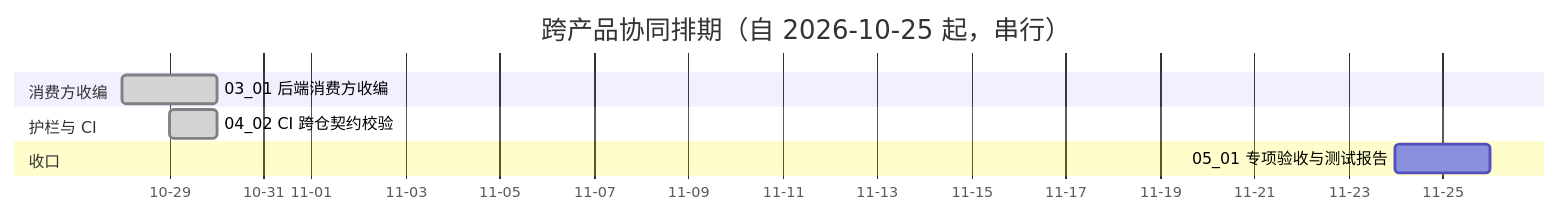
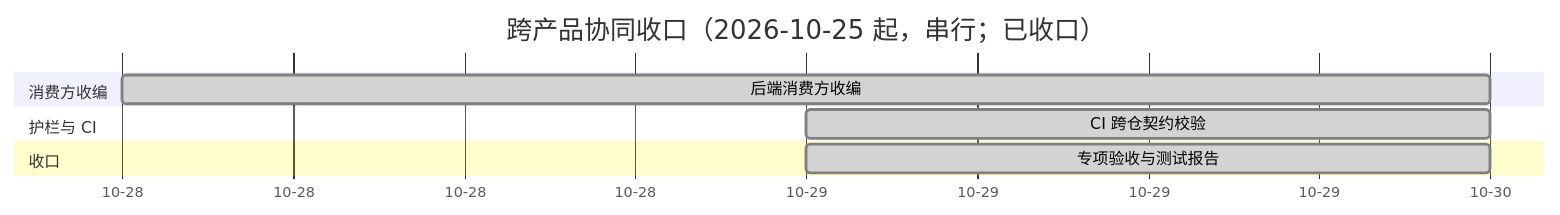
The diagram in bms文档/项目/07B_跨产品协同/计划/01_计划_跨产品协同.md (minjian123/basic-management-system), drawn with Mermaid before and after one commit. The commit also changed other lines of this file and 11 other files, not shown here.

````diff
--- a/bms文档/项目/07B_跨产品协同/计划/01_计划_跨产品协同.md
+++ b/bms文档/项目/07B_跨产品协同/计划/01_计划_跨产品协同.md
@@ -40,12 +42,12 @@
 ```mermaid
 gantt
-    title 跨产品协同排期（自 2026-10-25 起，串行）
+    title 跨产品协同收口（2026-10-25 起，串行；已收口）
     dateFormat  YYYY-MM-DD
     axisFormat %m-%d
     section 消费方收编
-    03_01 后端消费方收编 :done, a0301, 2026-10-28, 2d
+    后端消费方收编 :done, 2026-10-28, 2d
     section 护栏与 CI
-    04_02 CI 跨仓契约校验 :done, a0402, 2026-10-29, 1d
+    CI 跨仓契约校验 :done, 2026-10-29, 1d
     section 收口
-    05_01 专项验收与测试报告 :a0501, 2026-11-24, 2d
+    专项验收与测试报告 :done, 2026-10-29, 1d
 ```
````
